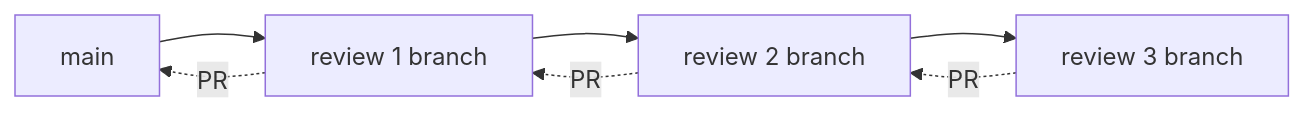
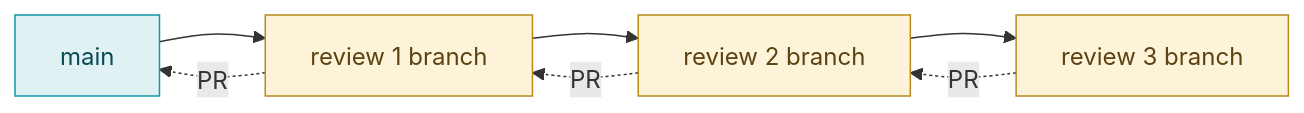
Before and after one commit to maci0/gauntlet: the diagram in docs/DESIGN.md, drawn with Mermaid. The commit also changed other lines of this file and 5 other files, not shown here.

````diff
--- a/docs/DESIGN.md
+++ b/docs/DESIGN.md
@@ -378,9 +378,13 @@
 ```mermaid
 flowchart LR
     M[main] --> B1[review 1 branch]
     B1 --> B2[review 2 branch]
     B2 --> B3[review 3 branch]
     B1 -. PR .-> M
     B2 -. PR .-> B1
     B3 -. PR .-> B2
+    classDef tree fill:#e0f1f4,stroke:#0e96a8,color:#0b4a55
+    classDef work fill:#fdf3d9,stroke:#b8891b,color:#5c4210
+    class M tree
+    class B1,B2,B3 work
 ```
````
